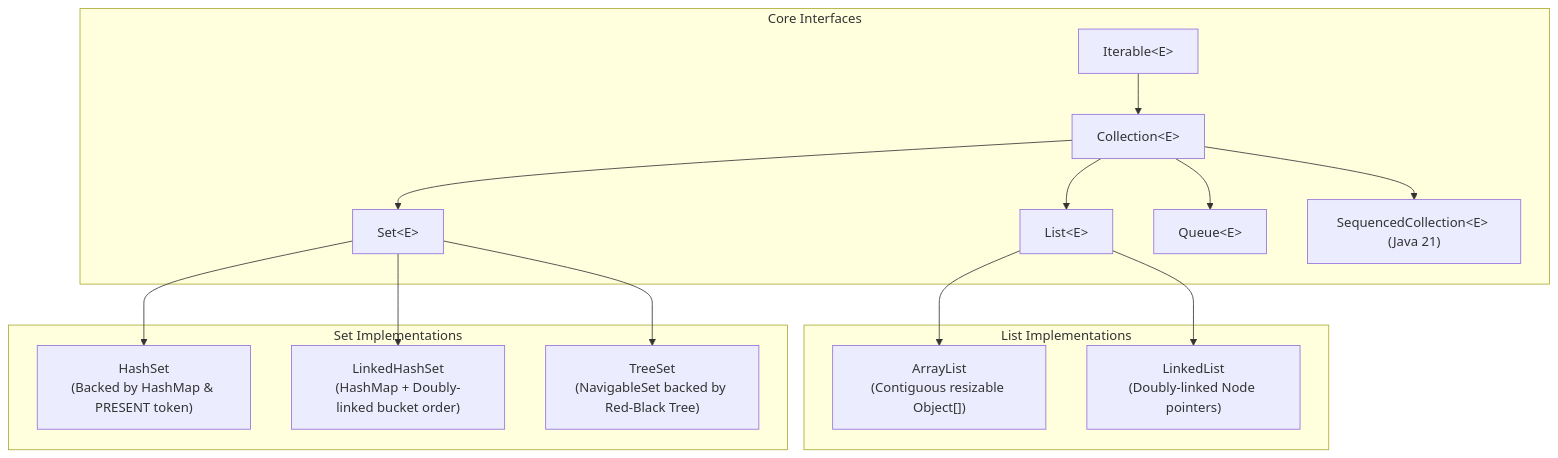
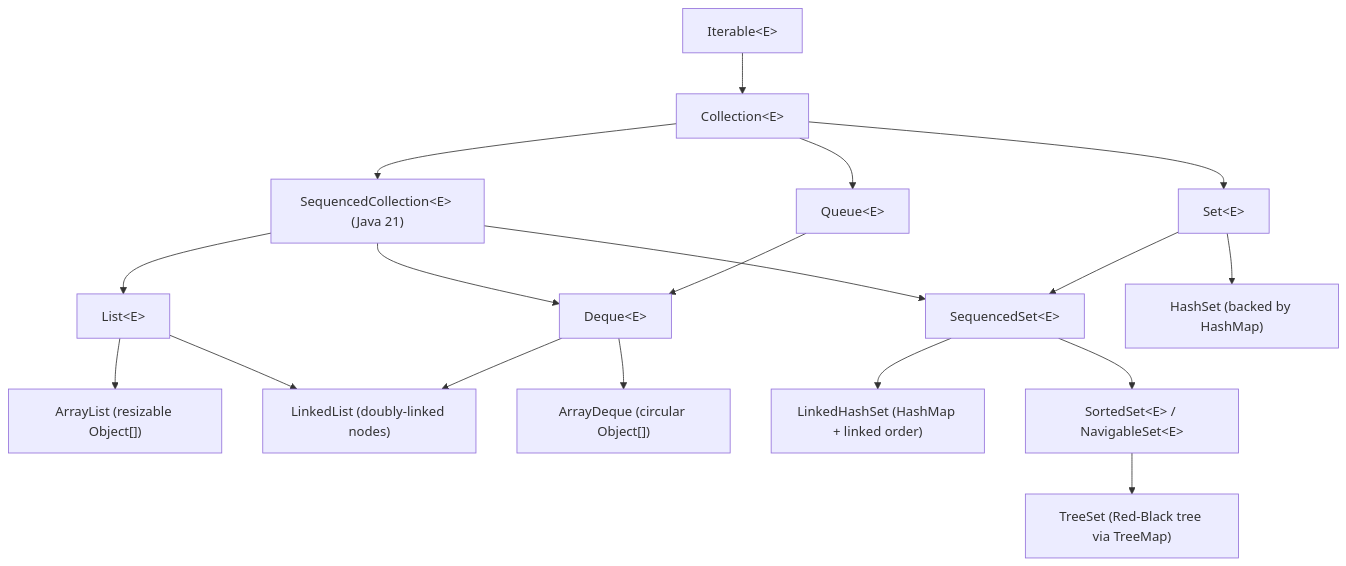
Before and after one commit to ravishankar2463/java_hub: the first of 3 diagrams in content/roadmap/level-3/the-collections-framework-lists-sets.md, drawn with Mermaid. The commit also changed other lines of this file and 119 other files, not shown here.

Commit message:
feat: add comprehensive java learning roadmap content across multiple levels

````diff
--- a/content/roadmap/level-3/the-collections-framework-lists-sets.md
+++ b/content/roadmap/level-3/the-collections-framework-lists-sets.md
@@ -20,33 +18,24 @@
 ```mermaid
 flowchart TD
-    subgraph Interfaces ["Core Interfaces"]
-        Iterable["Iterable&lt;E&gt;"]
-        Collection["Collection&lt;E&gt;"]
-        ListInt["List&lt;E&gt;"]
-        SetInt["Set&lt;E&gt;"]
-        QueueInt["Queue&lt;E&gt;"]
-        SeqCol["SequencedCollection&lt;E&gt; (Java 21)"]
+    iterable["Iterable&lt;E&gt;"] --> collection["Collection&lt;E&gt;"]
 
-        Iterable --> Collection
-        Collection --> ListInt
-        Collection --> SetInt
-        Collection --> QueueInt
-        Collection --> SeqCol
-    end
+    collection --> seqCol["SequencedCollection&lt;E&gt; (Java 21)"]
+    collection --> setInt["Set&lt;E&gt;"]
+    collection --> queueInt["Queue&lt;E&gt;"]
 
-    subgraph ConcreteList ["List Implementations"]
-        ArrayListClass["ArrayList<br/>(Contiguous resizable Object[])"]
-        LinkedListClass["LinkedList<br/>(Doubly-linked Node pointers)"]
-        ListInt --> ArrayListClass
-        ListInt --> LinkedListClass
-    end
+    seqCol --> listInt["List&lt;E&gt;"]
+    seqCol --> dequeInt["Deque&lt;E&gt;"]
+    seqCol --> seqSet["SequencedSet&lt;E&gt;"]
+    setInt --> seqSet
+    queueInt --> dequeInt
 
-    subgraph ConcreteSet ["Set Implementations"]
-        HashSetClass["HashSet<br/>(Backed by HashMap &amp; PRESENT token)"]
-        LinkedHashSetClass["LinkedHashSet<br/>(HashMap + Doubly-linked bucket order)"]
-        TreeSetClass["TreeSet<br/>(NavigableSet backed by Red-Black Tree)"]
-        SetInt --> HashSetClass
-        SetInt --> LinkedHashSetClass
-        SetInt --> TreeSetClass
-    end
+    listInt --> arrayList["ArrayList (resizable Object[])"]
+    listInt --> linkedList["LinkedList (doubly-linked nodes)"]
+    dequeInt --> linkedList
+    dequeInt --> arrayDeque["ArrayDeque (circular Object[])"]
+
+    setInt --> hashSet["HashSet (backed by HashMap)"]
+    seqSet --> linkedHashSet["LinkedHashSet (HashMap + linked order)"]
+    seqSet --> sortedSet["SortedSet&lt;E&gt; / NavigableSet&lt;E&gt;"]
+    sortedSet --> treeSet["TreeSet (Red-Black tree via TreeMap)"]
 ```
````
